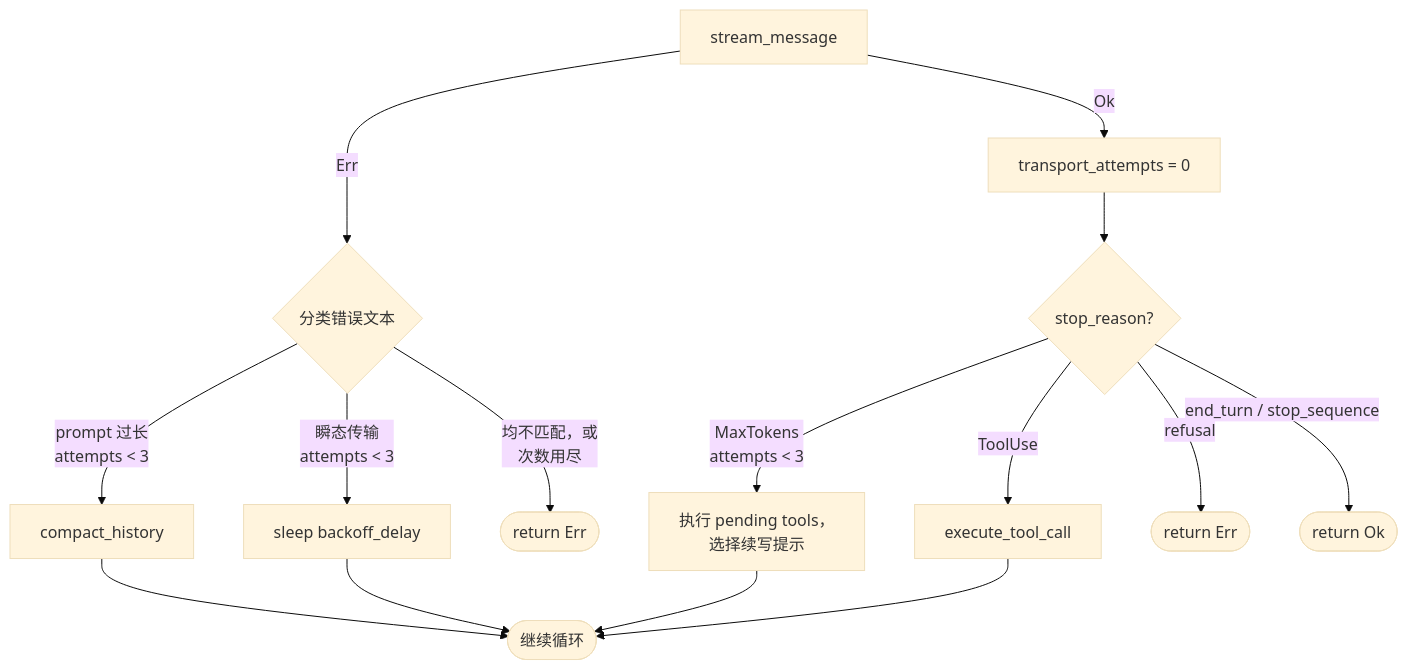
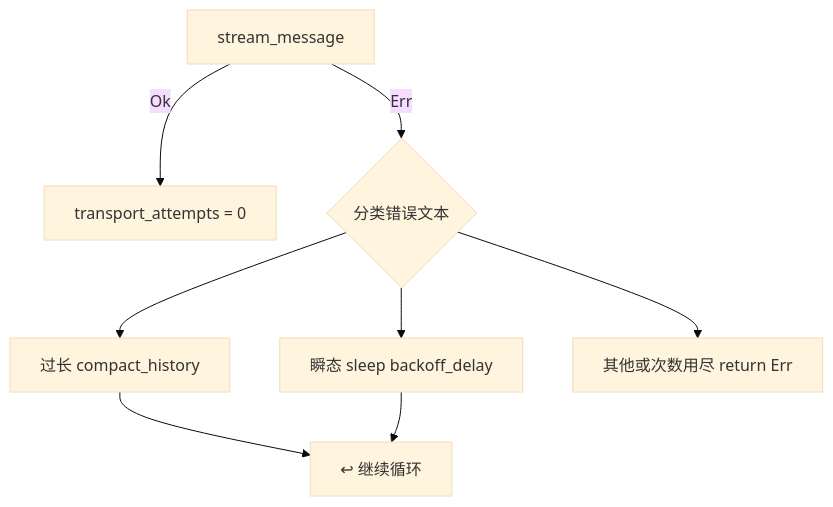
One commit to rust-infra/tact changed the first of 2 diagrams in book/06_chapter_recovery_zh.md. Above: the diagram before and after it, drawn with Mermaid (base theme). The commit also changed other lines of this file and 40 other files, not shown here.

````diff
--- a/book/06_chapter_recovery_zh.md
+++ b/book/06_chapter_recovery_zh.md
@@ -98,21 +100,10 @@
 ```mermaid
-flowchart TB
-    Send[stream_message] -->|Ok| Reset[transport_attempts = 0]
-    Send -->|Err| Classify{分类错误文本}
-
-    Classify -->|prompt 过长<br/>attempts < 3| Compact[compact_history]
-    Compact --> Retry([继续循环])
-
-    Classify -->|瞬态传输<br/>attempts < 3| Sleep[sleep backoff_delay]
-    Sleep --> Retry
-
-    Classify -->|均不匹配，或<br/>次数用尽| Fail([return Err])
-
-    Reset --> Stop{stop_reason?}
-    Stop -->|MaxTokens<br/>attempts < 3| Cont[执行 pending tools，<br/>选择续写提示]
-    Cont --> Retry
-    Stop -->|ToolUse| Tools[execute_tool_call]
-    Tools --> Retry
-    Stop -->|refusal| Refuse([return Err])
-    Stop -->|end_turn / stop_sequence| Done([return Ok])
+graph TD
+    a_send[stream_message] -->|Ok| b_reset[transport_attempts = 0]
+    a_send -->|Err| c_classify{分类错误文本}
+    c_classify --> d_compact[过长 compact_history]
+    c_classify --> e_sleep[瞬态 sleep backoff_delay]
+    c_classify --> f_fail[其他或次数用尽 return Err]
+    d_compact --> z_retry[↩ 继续循环]
+    e_sleep --> z_retry
 ```
````
